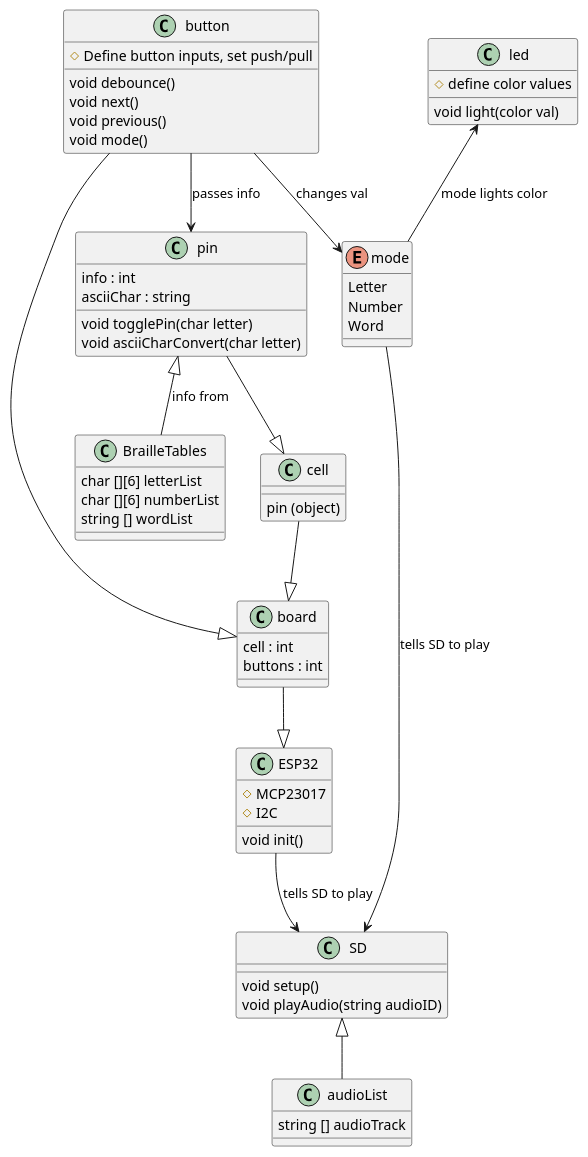
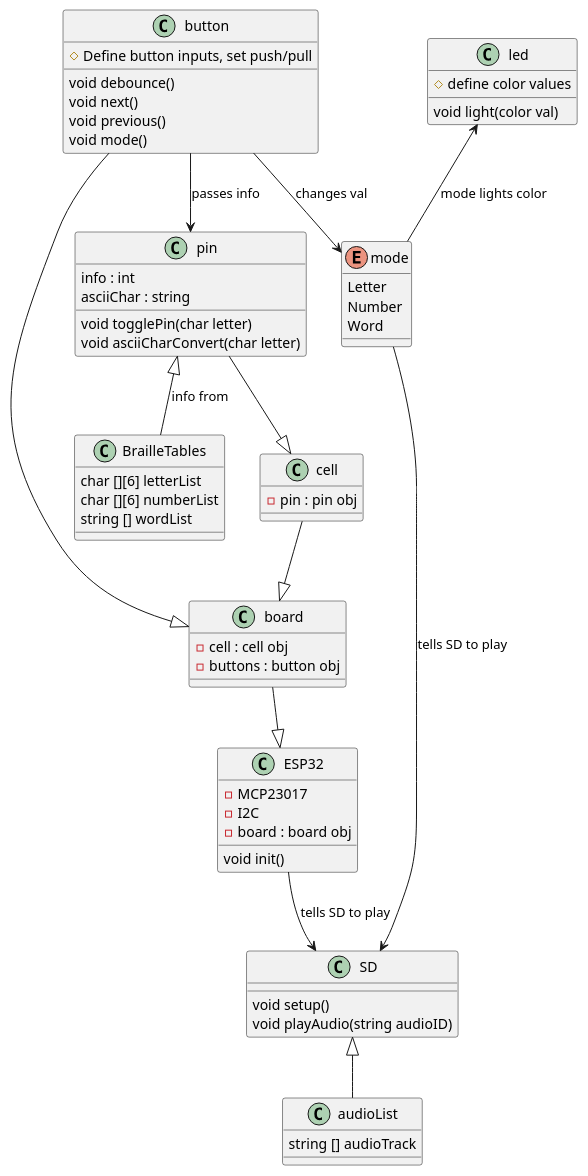
One commit to nathe6/ENGR696-Braille changed the diagram in Braille_Project/main/Braille.puml. Above: the diagram before and after it, drawn with PlantUML.

Commit message:
Edited UML

```diff
--- a/Braille_Project/main/Braille.puml
+++ b/Braille_Project/main/Braille.puml
@@ -1,71 +1,75 @@
 @startuml braille
 ' skinparam linetype polyline
 
 together {
     class board {
-        cell : int
-        buttons : int
+        - cell : cell obj
+        - buttons : button obj
     }
 
+    class cell {
+        - pin : pin obj
+    }
+    
         cell --|> board
-        cell : pin (object)
         button --|> board
         pin --|> cell
 
     class pin {
         info : int
         asciiChar : string
         void togglePin(char letter)
         void asciiCharConvert(char letter)
     }
 
         pin <|-- BrailleTables : info from
         BrailleTables : char [][6] letterList
         BrailleTables : char [][6] numberList
         BrailleTables : string [] wordList
 
     class button {
         #Define button inputs, set push/pull
         void debounce() 
         void next() 
         void previous()
         void mode()
     }
 
         button --> pin : passes info
         button --> mode : changes val
 
 }
 
 class ESP32 {
-    #MCP23017
-    #I2C
+    - MCP23017
+    - I2C
+    - board : board obj
     void init()
 }
 
     board --|> ESP32
 
 class SD {
     void setup()
     void playAudio(string audioID)
 }
 
     SD <|-- audioList 
     audioList : string [] audioTrack
     mode -> SD : tells SD to play
     ESP32 --> SD : tells SD to play
 
 class led {
     #define color values
     void light(color val)
 }
 
     led <-- mode : mode lights color
 
 enum mode {
     Letter
     Number
     Word
 } 
 
 @enduml
```
